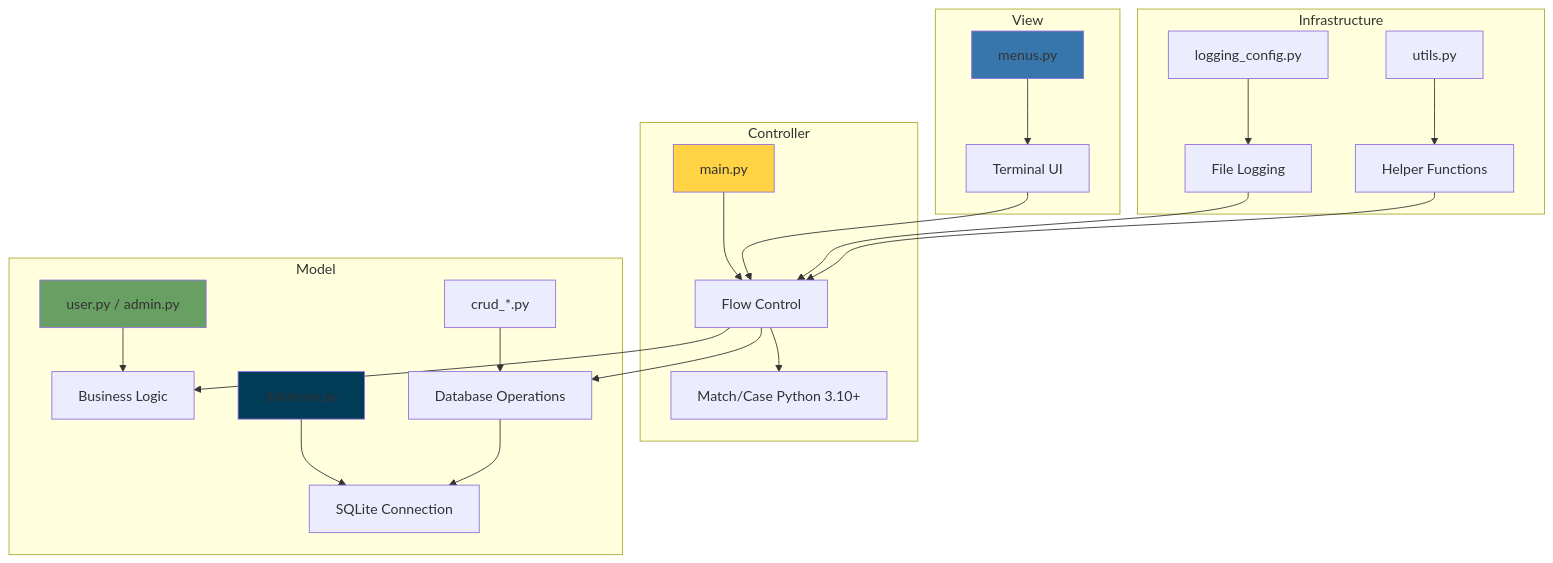
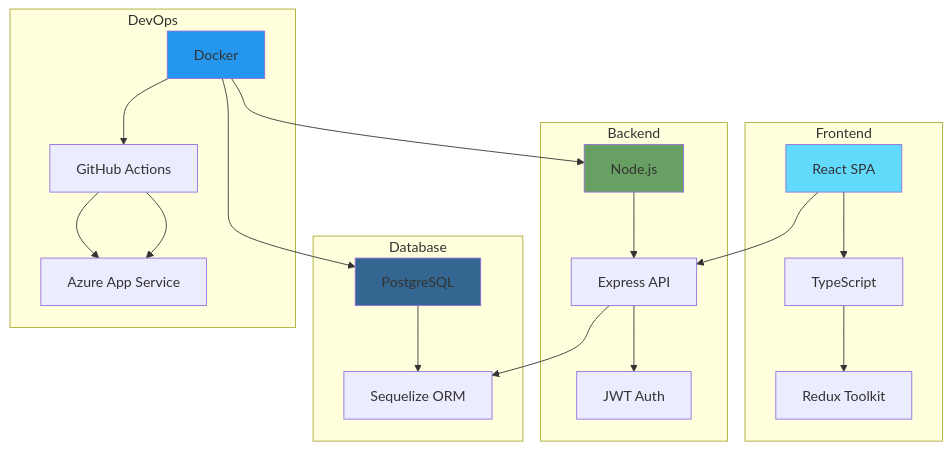
One commit to DevPool1/TP-ADC-SITE changed the first of 4 diagrams in blog/2025-12-12-tech-stack.md. Above: the diagram before and after it, drawn with Mermaid. The commit also changed other lines of this file, not shown here.

First line of the commit message:
Revert "Merge pull request #55 from DevPool1/feature/54-remodel-tech-stack-blog. Closes #54"

````diff
--- a/blog/2025-12-12-tech-stack.md
+++ b/blog/2025-12-12-tech-stack.md
@@ -17,34 +17,32 @@
 ```mermaid
 graph TB
-    subgraph View
-        A[menus.py] --> B[Terminal UI]
+    subgraph Frontend
+        A[React SPA] --> B[TypeScript]
+        B --> C[Redux Toolkit]
     end
     
-    subgraph Controller
-        C[main.py] --> D[Flow Control]
-        D --> E[Match/Case Python 3.10+]
+    subgraph Backend
+        D[Node.js] --> E[Express API]
+        E --> F[JWT Auth]
     end
     
-    subgraph Model
-        F[user.py / admin.py] --> G[Business Logic]
-        H[crud_*.py] --> I[Database Operations]
-        J[database.py] --> K[SQLite Connection]
+    subgraph Database
+        G[PostgreSQL] --> H[Sequelize ORM]
     end
     
-    subgraph Infrastructure
-        L[logging_config.py] --> M[File Logging]
-        N[utils.py] --> O[Helper Functions]
+    subgraph DevOps
+        I[Docker] --> J[GitHub Actions]
+        J --> K[Azure App Service]
     end
     
-    B --> D
-    D --> G
-    D --> I
-    I --> K
-    M --> D
-    O --> D
+    A --> E
+    E --> H
+    I --> D
+    I --> G
+    J --> K
     
-    style A fill:#3776ab
-    style C fill:#ffd343
-    style F fill:#68a063
-    style J fill:#003b57
+    style A fill:#61dafb
+    style D fill:#68a063
+    style G fill:#336791
+    style I fill:#2496ed
 ```
````
